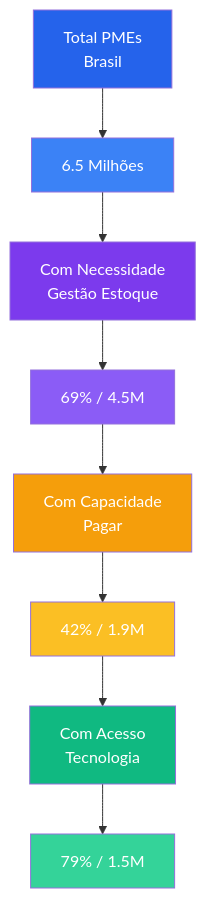
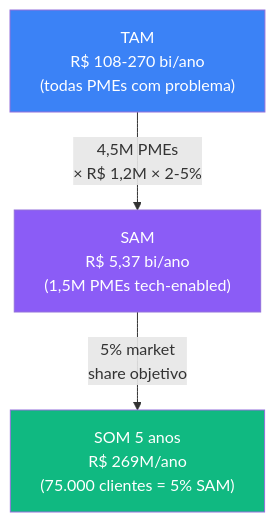
Before and after one commit to matheusmendes720/workconnect-tcc: the first of 11 diagrams in documentation/docs/estrategia/analise-mercado.mdx, drawn with Mermaid. The commit also changed other lines of this file and 16 other files, not shown here.

````diff
--- a/documentation/docs/estrategia/analise-mercado.mdx
+++ b/documentation/docs/estrategia/analise-mercado.mdx
@@ -23,19 +19,13 @@
 ```mermaid
 flowchart TB
-    A[Total PMEs<br/>Brasil] --> B[6.5 Milhões]
-    B --> C[Com Necessidade<br/>Gestão Estoque]
-    C --> D[69% / 4.5M]
-    D --> E[Com Capacidade<br/>Pagar]
-    E --> F[42% / 1.9M]
-    F --> G[Com Acesso<br/>Tecnologia]
-    G --> H[79% / 1.5M]
-    
-    style A fill:#2563eb,color:#fff
-    style B fill:#3b82f6,color:#fff
-    style C fill:#7c3aed,color:#fff
-    style D fill:#8b5cf6,color:#fff
-    style E fill:#f59e0b,color:#fff
-    style F fill:#fbbf24,color:#fff
-    style G fill:#10b981,color:#fff
-    style H fill:#34d399,color:#fff
+    TAM["TAM<br/>R$ 108-270 bi/ano<br/>(todas PMEs com problema)"]
+    SAM["SAM<br/>R$ 5,37 bi/ano<br/>(1,5M PMEs tech-enabled)"]
+    SOM["SOM 5 anos<br/>R$ 269M/ano<br/>(75.000 clientes = 5% SAM)"]
+
+    TAM -->|4,5M PMEs<br/>× R$ 1,2M × 2-5%| SAM
+    SAM -->|5% market<br/>share objetivo| SOM
+
+    style TAM fill:#3b82f6,color:#fff
+    style SAM fill:#8b5cf6,color:#fff
+    style SOM fill:#10b981,color:#fff
 ```
````
